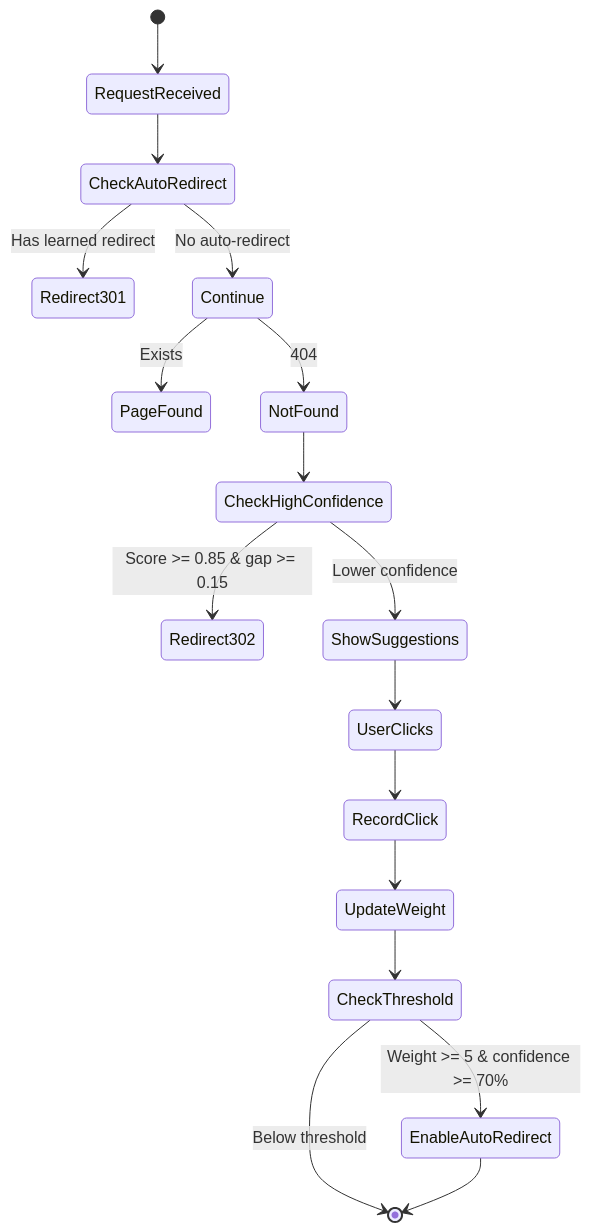
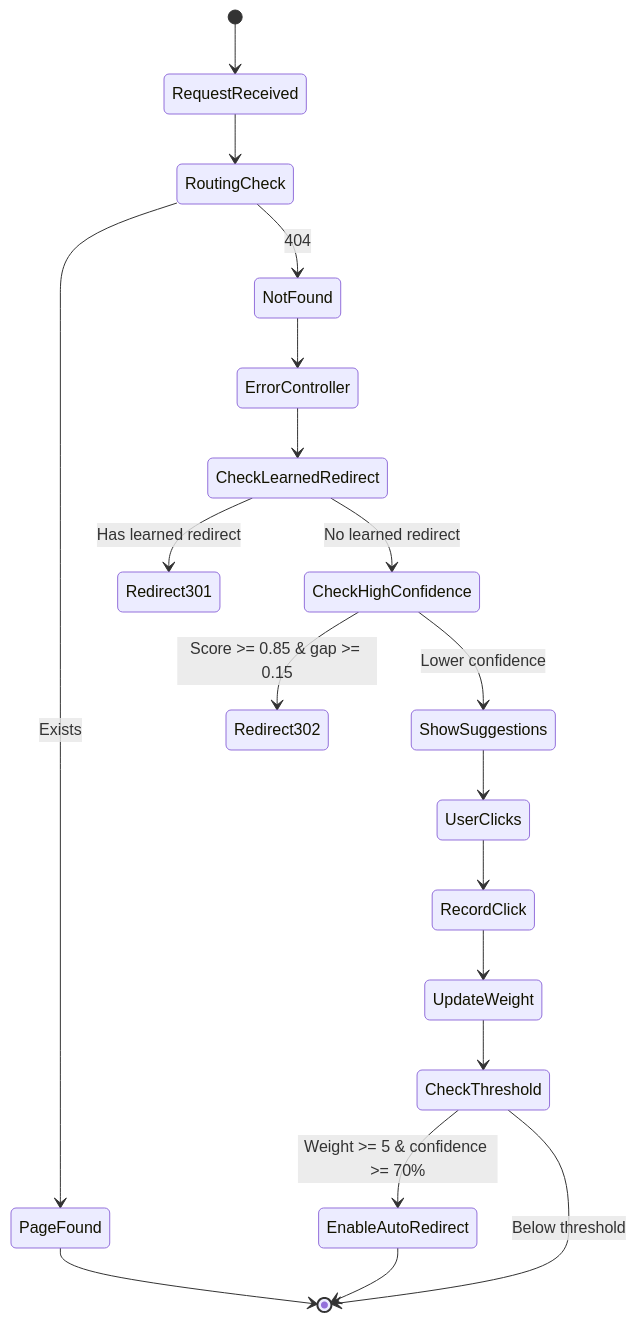
One commit to Shaddix/mostlylucidweb changed the fourth of 5 diagrams in Mostlylucid/Markdown/the-war-on-404.md. Above: the diagram before and after it, drawn with Mermaid. The commit also changed other lines of this file, not shown here.

````diff
--- a/Mostlylucid/Markdown/the-war-on-404.md
+++ b/Mostlylucid/Markdown/the-war-on-404.md
@@ -316,25 +346,28 @@
 ```mermaid
 stateDiagram-v2
     [*] --> RequestReceived
-    RequestReceived --> CheckAutoRedirect
+    RequestReceived --> RoutingCheck
 
-    CheckAutoRedirect --> Redirect301: Has learned redirect
-    CheckAutoRedirect --> Continue: No auto-redirect
+    RoutingCheck --> PageFound: Exists
+    RoutingCheck --> NotFound: 404
 
-    Continue --> PageFound: Exists
-    Continue --> NotFound: 404
+    PageFound --> [*]
 
-    NotFound --> CheckHighConfidence
+    NotFound --> ErrorController
+    ErrorController --> CheckLearnedRedirect
+    CheckLearnedRedirect --> Redirect301: Has learned redirect
+    CheckLearnedRedirect --> CheckHighConfidence: No learned redirect
+
     CheckHighConfidence --> Redirect302: Score >= 0.85 & gap >= 0.15
     CheckHighConfidence --> ShowSuggestions: Lower confidence
 
     ShowSuggestions --> UserClicks
     UserClicks --> RecordClick
     RecordClick --> UpdateWeight
     UpdateWeight --> CheckThreshold
 
     CheckThreshold --> EnableAutoRedirect: Weight >= 5 & confidence >= 70%
     CheckThreshold --> [*]: Below threshold
 
     EnableAutoRedirect --> [*]
 ```
````
